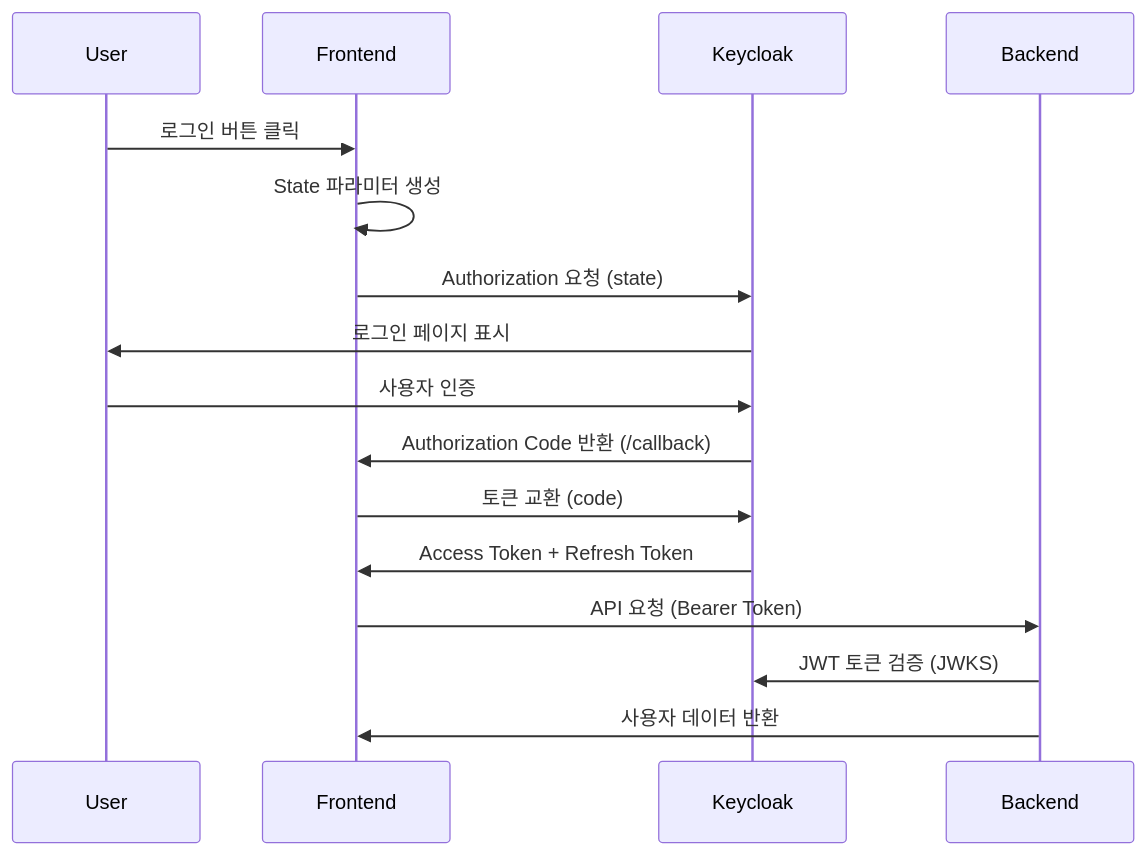
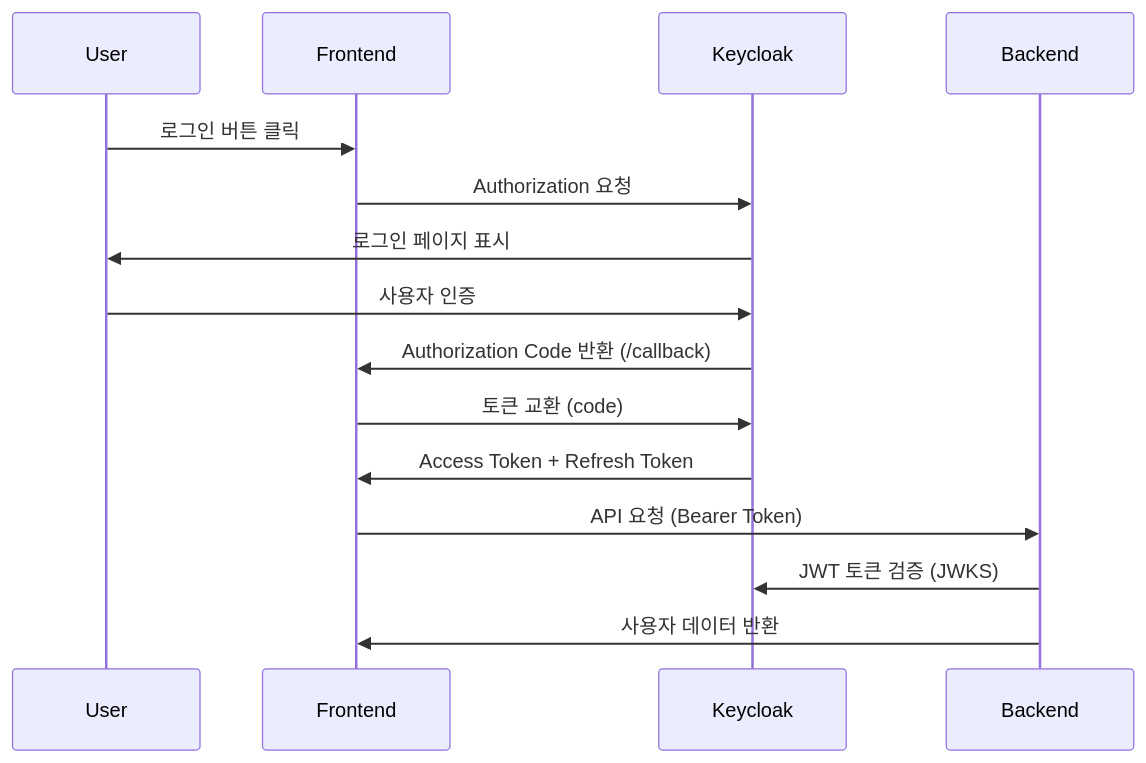
One commit to kenshin579/tutorials-go changed the diagram in keycloak/README.md. Above: the diagram before and after it, drawn with Mermaid. The commit also changed other lines of this file and 3 other files, not shown here.

````diff
--- a/keycloak/README.md
+++ b/keycloak/README.md
@@ -254,19 +254,18 @@
 ```mermaid
 sequenceDiagram
     participant U as User
     participant F as Frontend
     participant K as Keycloak
     participant B as Backend
 
     U->>F: 로그인 버튼 클릭
-    F->>F: State 파라미터 생성
-    F->>K: Authorization 요청 (state)
+    F->>K: Authorization 요청
     K->>U: 로그인 페이지 표시
     U->>K: 사용자 인증
     K->>F: Authorization Code 반환 (/callback)
     F->>K: 토큰 교환 (code)
     K->>F: Access Token + Refresh Token
     F->>B: API 요청 (Bearer Token)
     B->>K: JWT 토큰 검증 (JWKS)
     B->>F: 사용자 데이터 반환
 ```
````
